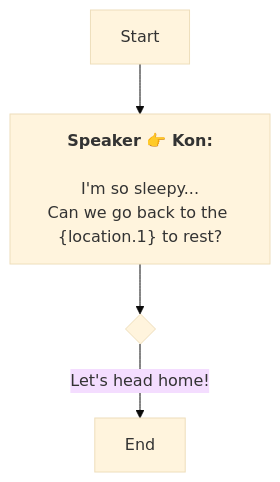
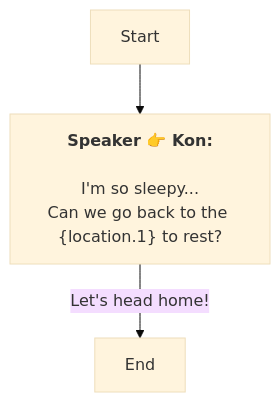
Before and after one commit to SoftHu/tos_avg: the diagram in En/QuestStartTalkENode_1738987991274692.md, drawn with Mermaid (base theme). The commit also changed 737 other files, not shown here.

````diff
--- a/En/QuestStartTalkENode_1738987991274692.md
+++ b/En/QuestStartTalkENode_1738987991274692.md
@@ -1,10 +1,8 @@
 ```mermaid
 graph
 Start -->1738988898235718[<b>Speaker 👉 Kon:</b>
+\nI'm so sleepy...
+Can we go back to the &lbrace;location.1&rbrace; to rest?]
+1738988898235718 -->|Let's head home!|1738989481110860[End]
 
-I'm so sleepy...
-Can we go back to the &lbrace;location.1&rbrace; to rest?]
-1738988898235718 -->1738989446760775{ }
-1738989446760775 -->|Let's head home!|1738989481110860[End]
-
- ```
+```
````
